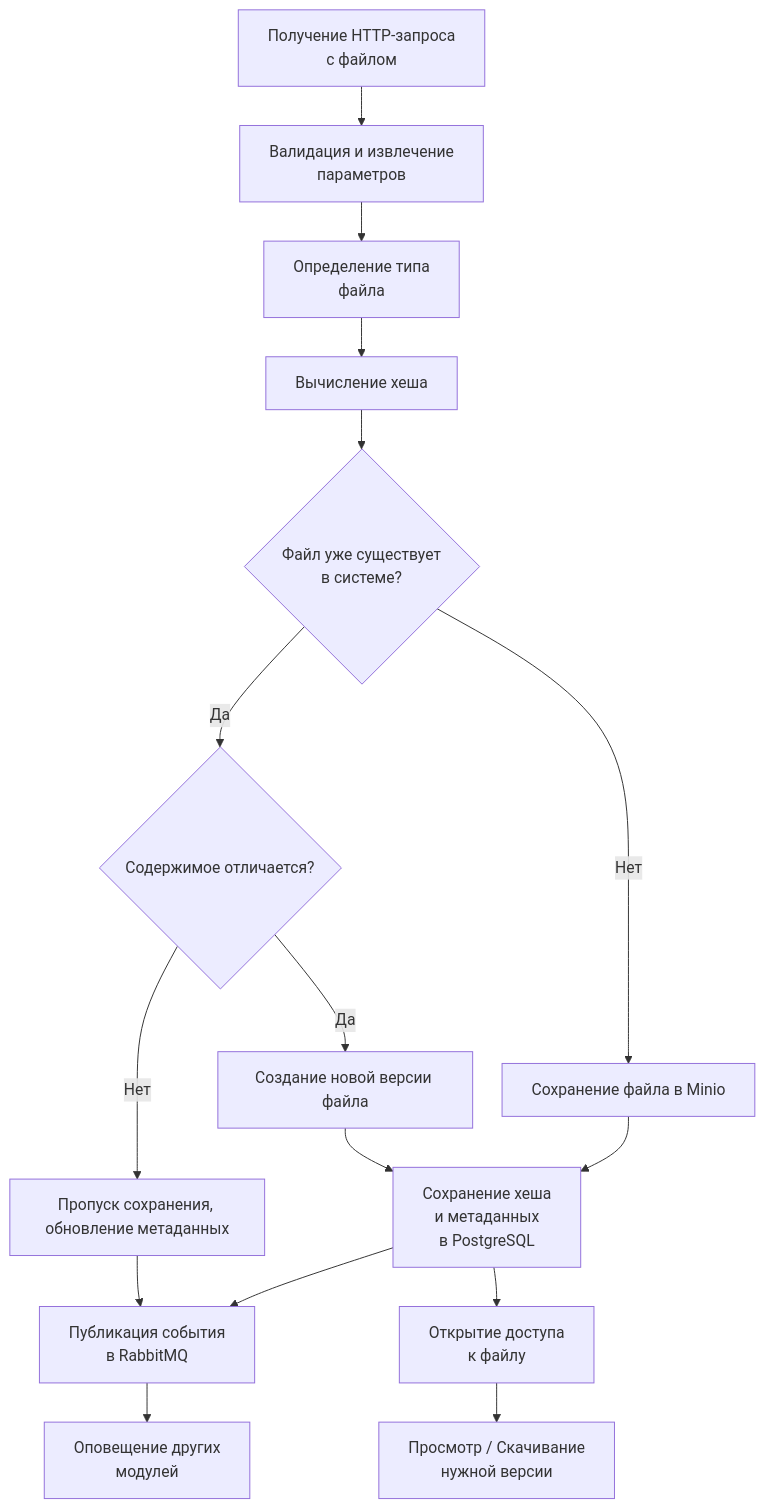
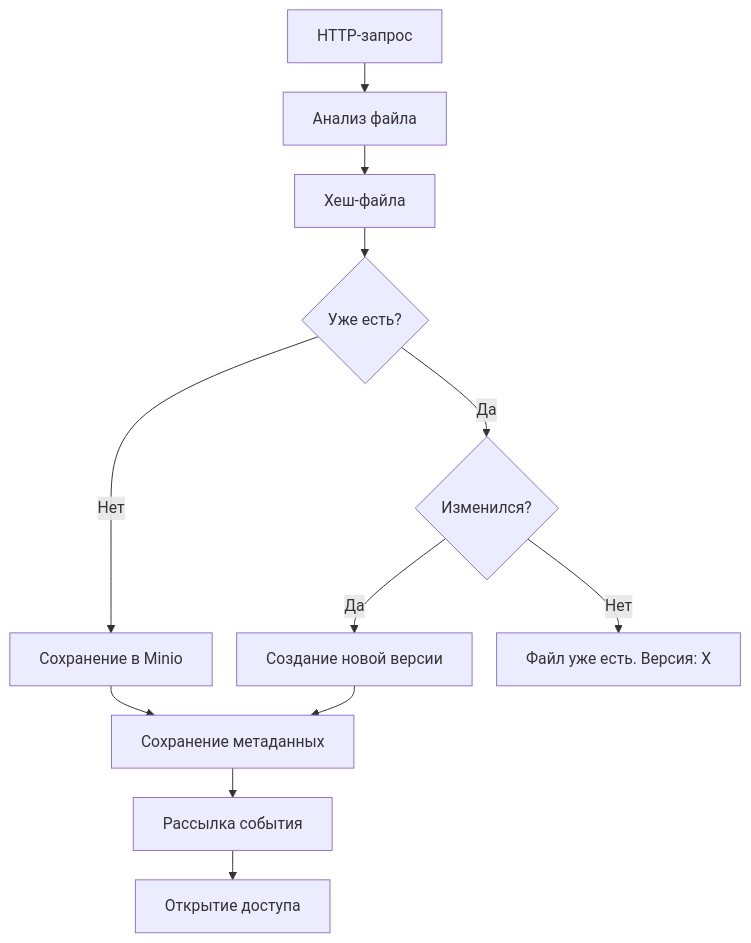
Before and after one commit to ArooiD/dms: the diagram in core/storage/algo.mmd, drawn with Mermaid. The commit also changed 3 other files, not shown here.

```diff
--- a/core/storage/algo.mmd
+++ b/core/storage/algo.mmd
@@ -1,19 +1,15 @@
-%%{init: {"theme": "default", "flowchart": {"fontSize": 10, "nodeSpacing": 30, "rankSpacing": 40}}}%%
+%%{init: {"theme": "default", "flowchart": {"fontSize": 9, "nodeSpacing": 25, "rankSpacing": 30}}}%%
 flowchart TD
-    A[Получение HTTP-запроса\nс файлом] --> B[Валидация и извлечение\nпараметров]
-    B --> C[Определение типа\nфайла]
-    C --> D[Вычисление хеша]
-    D --> E{Файл уже существует\nв системе?}
+    A[HTTP-запрос] --> B[Анализ файла]
+    B --> C[Хеш-файла]
+    C --> D{Уже есть?}
 
-    E -- Нет --> F[Сохранение файла в Minio]
-    F --> G[Сохранение хеша\nи метаданных\nв PostgreSQL]
-    G --> H[Публикация события\nв RabbitMQ]
-    H --> I[Оповещение других\nмодулей]
-    G --> J[Открытие доступа\nк файлу]
-    J --> K[Просмотр / Скачивание\n нужной версии]
+    D -- Нет --> E[Сохранение в Minio]
+    E --> F[Сохранение метаданных]
+    F --> G[Рассылка события]
+    G --> H[Открытие доступа]
 
-    E -- Да --> L{Содержимое отличается?}
-    L -- Да --> M[Создание новой версии файла]
-    M --> G
-    L -- Нет --> N[Пропуск сохранения, обновление метаданных]
-    N --> H
+    D -- Да --> I{Изменился?}
+    I -- Да --> J[Создание новой версии]
+    J --> F
+    I -- Нет --> K[Файл уже есть. Версия: X]
```
